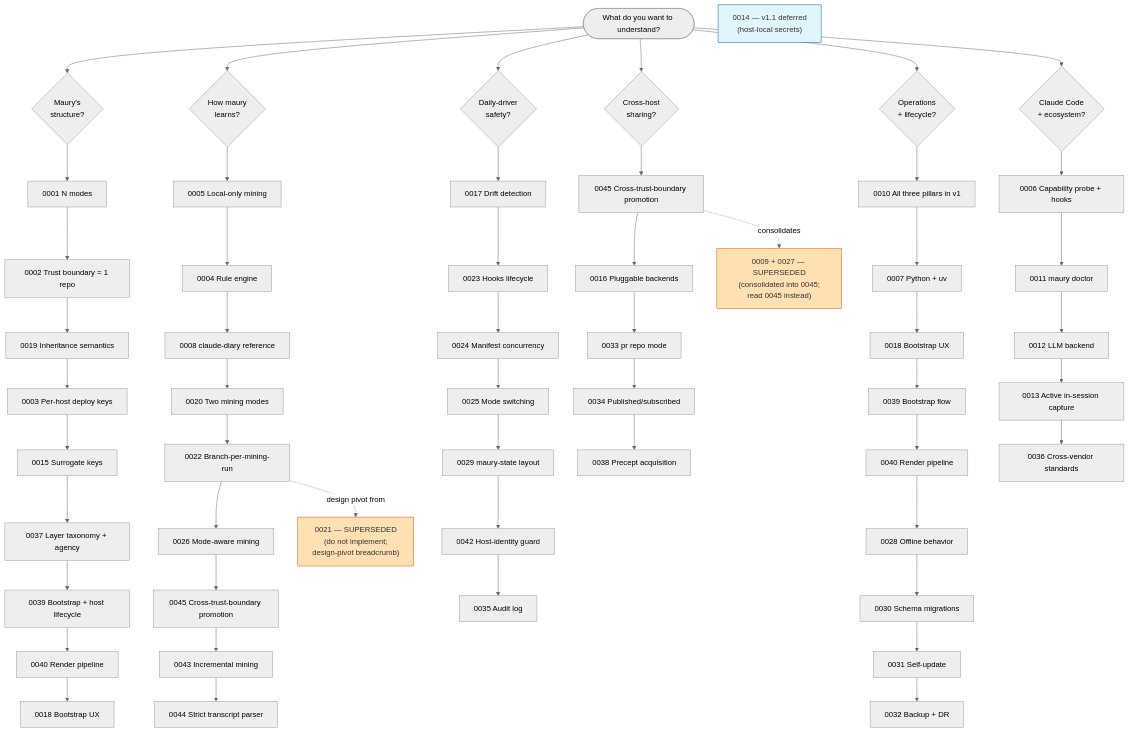
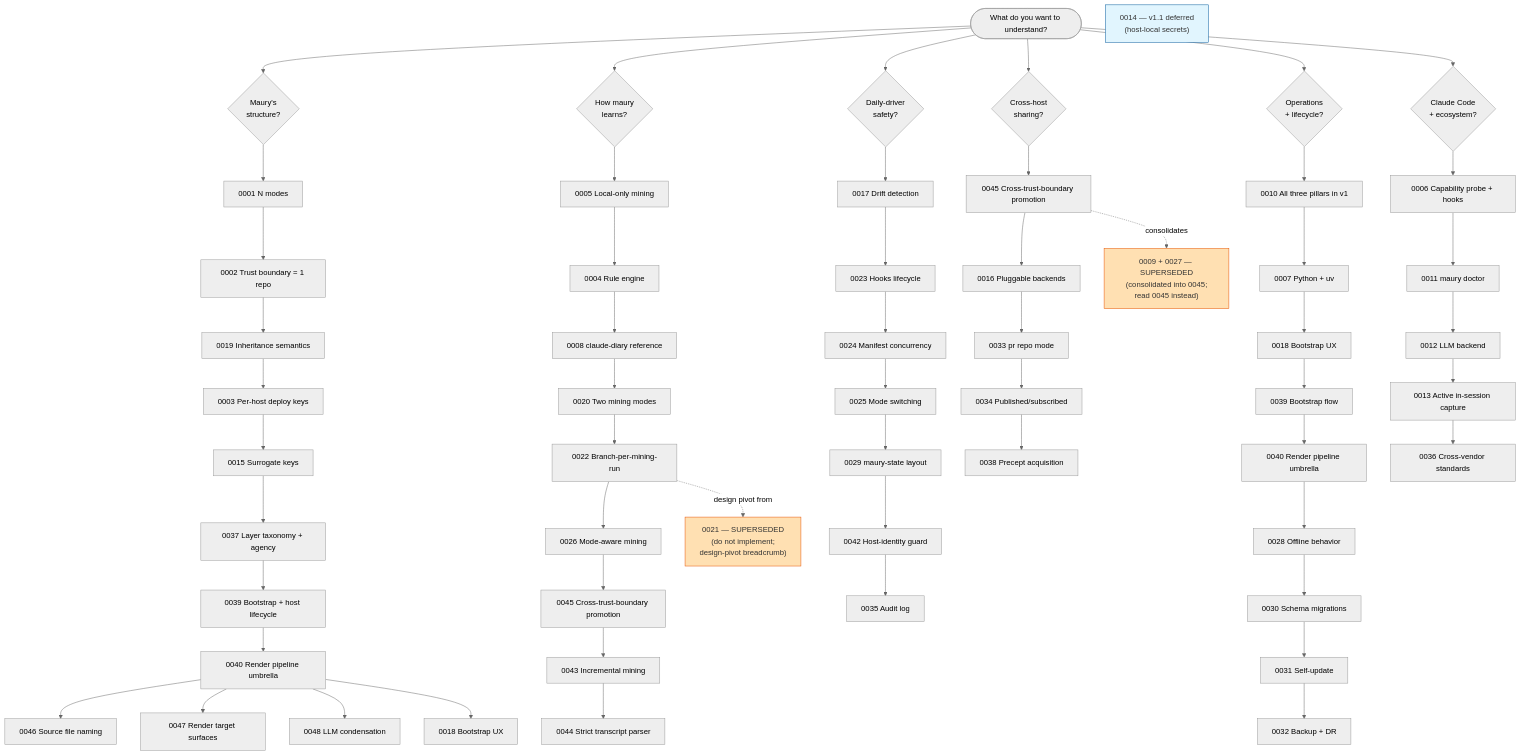
One commit to csmarshall/maury changed the diagram in docs/adr/README.md. Above: the diagram before and after it, drawn with Mermaid (neutral theme). The commit also changed other lines of this file and 5 other files, not shown here.

````diff
--- a/docs/adr/README.md
+++ b/docs/adr/README.md
@@ -23,75 +23,78 @@
 ```mermaid
 flowchart TD
     Start([What do you want to understand?])
 
     Start --> P1{Maury's<br/>structure?}
     Start --> P2{How maury<br/>learns?}
     Start --> P3{Daily-driver<br/>safety?}
     Start --> P4{Cross-host<br/>sharing?}
     Start --> P5{Operations<br/>+ lifecycle?}
     Start --> P6{Claude Code<br/>+ ecosystem?}
 
     P1 --> A0001[0001 N modes]
     A0001 --> A0002[0002 Trust boundary = 1 repo]
     A0002 --> A0019[0019 Inheritance semantics]
     A0019 --> A0003[0003 Per-host deploy keys]
     A0003 --> A0015[0015 Surrogate keys]
     A0015 --> A0037[0037 Layer taxonomy + agency]
     A0037 --> A0039a[0039 Bootstrap + host lifecycle]
-    A0039a --> A0040a[0040 Render pipeline]
+    A0039a --> A0040a[0040 Render pipeline umbrella]
+    A0040a --> A0046[0046 Source file naming]
+    A0040a --> A0047[0047 Render target surfaces]
+    A0040a --> A0048[0048 LLM condensation]
     A0040a --> A0018a[0018 Bootstrap UX]
 
     P2 --> A0005[0005 Local-only mining]
     A0005 --> A0004[0004 Rule engine]
     A0004 --> A0008[0008 claude-diary reference]
     A0008 --> A0020[0020 Two mining modes]
     A0020 --> A0022[0022 Branch-per-mining-run]
     A0022 --> A0026[0026 Mode-aware mining]
     A0026 --> A0045a[0045 Cross-trust-boundary promotion]
     A0045a --> A0043[0043 Incremental mining]
     A0043 --> A0044[0044 Strict transcript parser]
 
     P3 --> A0017[0017 Drift detection]
     A0017 --> A0023[0023 Hooks lifecycle]
     A0023 --> A0024[0024 Manifest concurrency]
     A0024 --> A0025[0025 Mode switching]
     A0025 --> A0029[0029 maury-state layout]
     A0029 --> A0042[0042 Host-identity guard]
     A0042 --> A0035[0035 Audit log]
 
     P4 --> A0045[0045 Cross-trust-boundary promotion]
     A0045 --> A0016[0016 Pluggable backends]
     A0016 --> A0033[0033 pr repo mode]
     A0033 --> A0034[0034 Published/subscribed]
     A0034 --> A0038[0038 Precept acquisition]
 
     P5 --> A0010[0010 All three pillars in v1]
     A0010 --> A0007[0007 Python + uv]
     A0007 --> A0018b[0018 Bootstrap UX]
     A0018b --> A0039b[0039 Bootstrap flow]
-    A0039b --> A0040b[0040 Render pipeline]
+    A0039b --> A0040b[0040 Render pipeline umbrella]
     A0040b --> A0028[0028 Offline behavior]
     A0028 --> A0030[0030 Schema migrations]
     A0030 --> A0031[0031 Self-update]
     A0031 --> A0032[0032 Backup + DR]
 
     P6 --> A0006[0006 Capability probe + hooks]
     A0006 --> A0011[0011 maury doctor]
     A0011 --> A0012[0012 LLM backend]
     A0012 --> A0013[0013 Active in-session capture]
     A0013 --> A0036[0036 Cross-vendor standards]
 
     Note0021["0021 — SUPERSEDED<br/>(do not implement;<br/>design-pivot breadcrumb)"]
     A0022 -.->|design pivot from| Note0021
 
     Note0009_0027["0009 + 0027 — SUPERSEDED<br/>(consolidated into 0045;<br/>read 0045 instead)"]
     A0045 -.->|consolidates| Note0009_0027
 
     Note0014["0014 — v1.1 deferred<br/>(host-local secrets)"]
 
     classDef superseded fill:#ffe0b2,stroke:#e65100,color:#333
     classDef deferred fill:#e1f5fe,stroke:#01579b,color:#333
     class Note0021 superseded
     class Note0009_0027 superseded
     class Note0014 deferred
 ```
````
